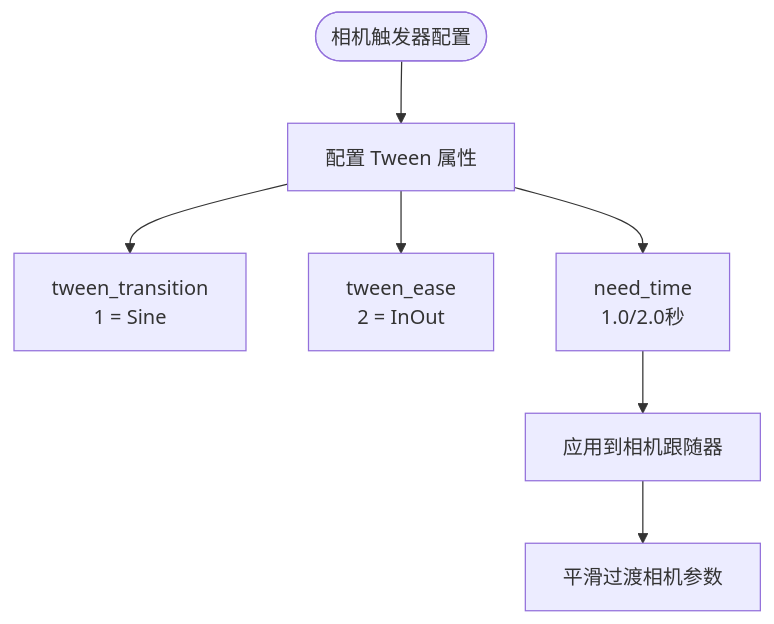
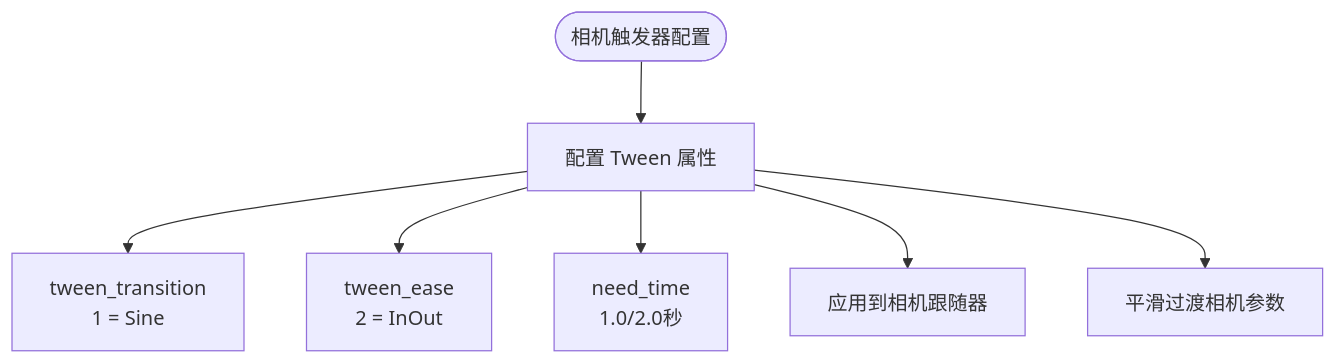
Diagram 16 of 17 in .qoder/repowiki/zh/content/模板系统/示例场景.md (godotline/godot-line), drawn with Mermaid before and after one commit. The commit also changed other lines of this file and 13 other files, not shown here.

````diff
--- a/.qoder/repowiki/zh/content/模板系统/示例场景.md
+++ b/.qoder/repowiki/zh/content/模板系统/示例场景.md
@@ -600,9 +658,9 @@
 ```mermaid
 flowchart TD
 Start(["相机触发器配置"]) --> Config["配置 Tween 属性"]
 Config --> Transition["tween_transition<br/>1 = Sine"]
 Config --> Ease["tween_ease<br/>2 = InOut"]
 Config --> Duration["need_time<br/>1.0/2.0秒"]
-Duration --> Apply["应用到相机跟随器"]
-Apply --> Smooth["平滑过渡相机参数"]
+Config --> Apply["应用到相机跟随器"]
+Config --> Smooth["平滑过渡相机参数"]
 ```
````
